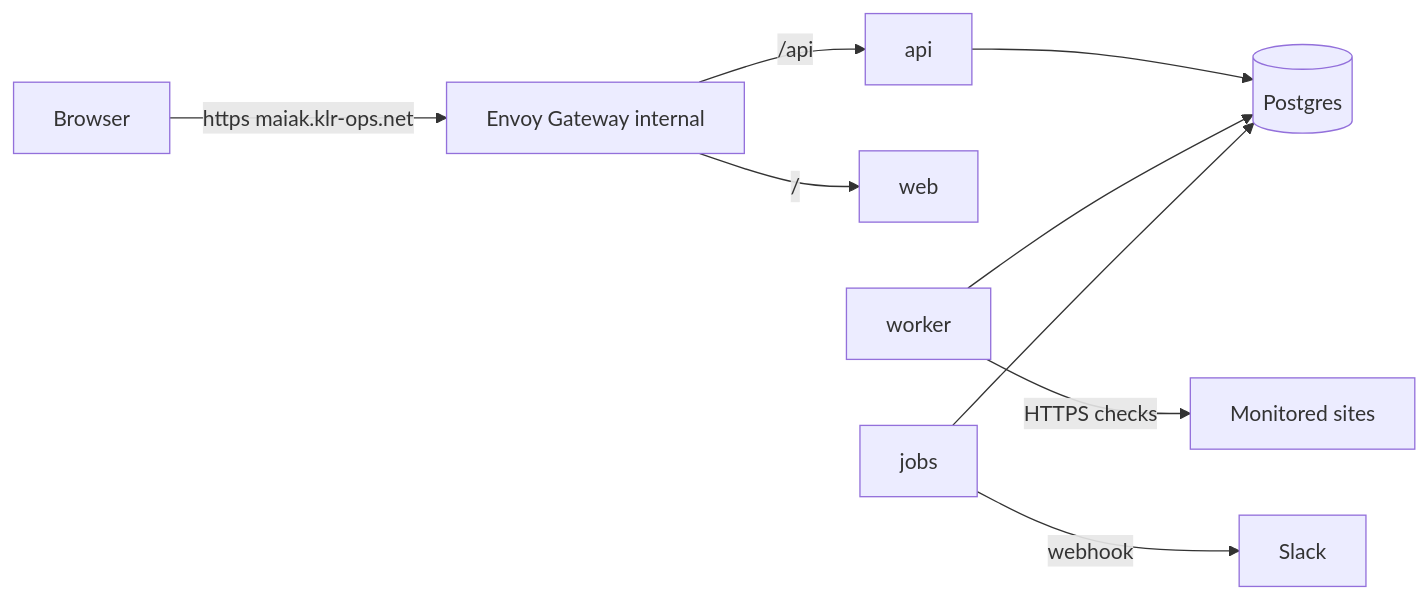
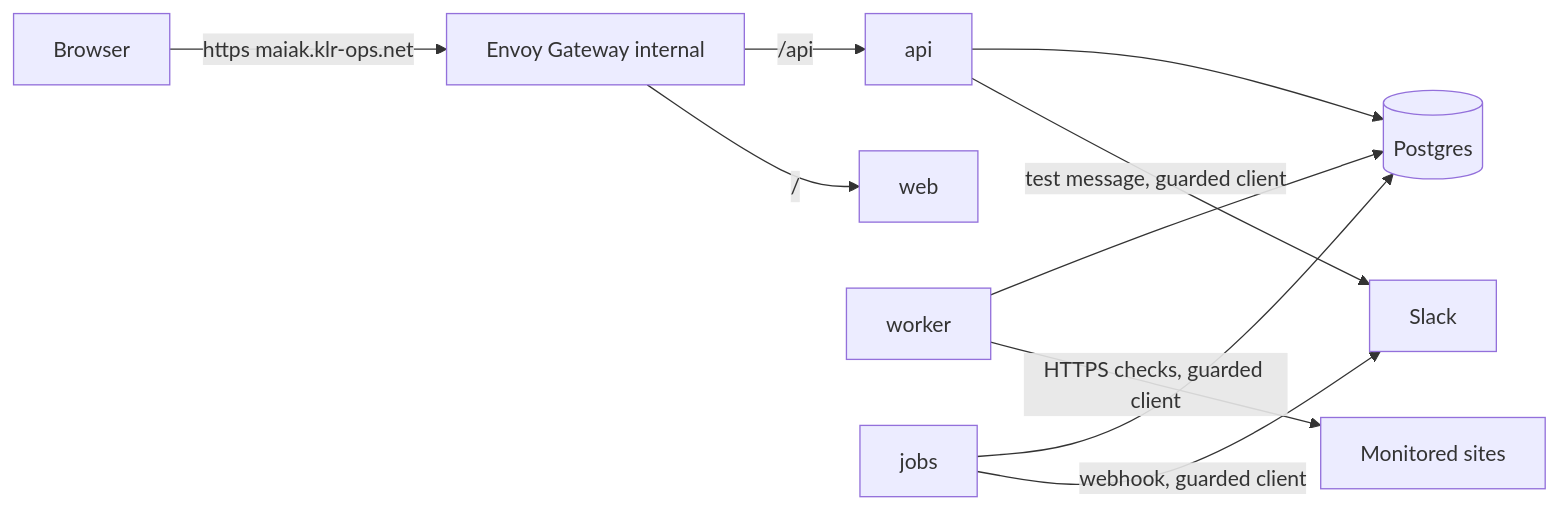
One commit to theechofive/maiak changed the diagram in docs/architecture/overview.md. Above: the diagram before and after it, drawn with Mermaid. The commit also changed other lines of this file and 4 other files, not shown here.

Commit message:
B-18: docs and ledger sync (data model from the migrated schema, overview flows and function callers, migration list and lint rules, honest slice statuses, L-030/L-041 closed, L-040 updated, L-110/L-111 added)

````diff
--- a/docs/architecture/overview.md
+++ b/docs/architecture/overview.md
@@ -19,11 +21,12 @@
 ```mermaid
 flowchart LR
   user[Browser] -->|https maiak.klr-ops.net| gw[Envoy Gateway internal]
   gw -->|/api| api
   gw -->|/| web
   api --> pg[(Postgres)]
   worker --> pg
   jobs --> pg
-  jobs -->|webhook| slack[Slack]
-  worker -->|HTTPS checks| targets[Monitored sites]
+  jobs -->|webhook, guarded client| slack[Slack]
+  api -->|test message, guarded client| slack
+  worker -->|HTTPS checks, guarded client| targets[Monitored sites]
 ```
````
